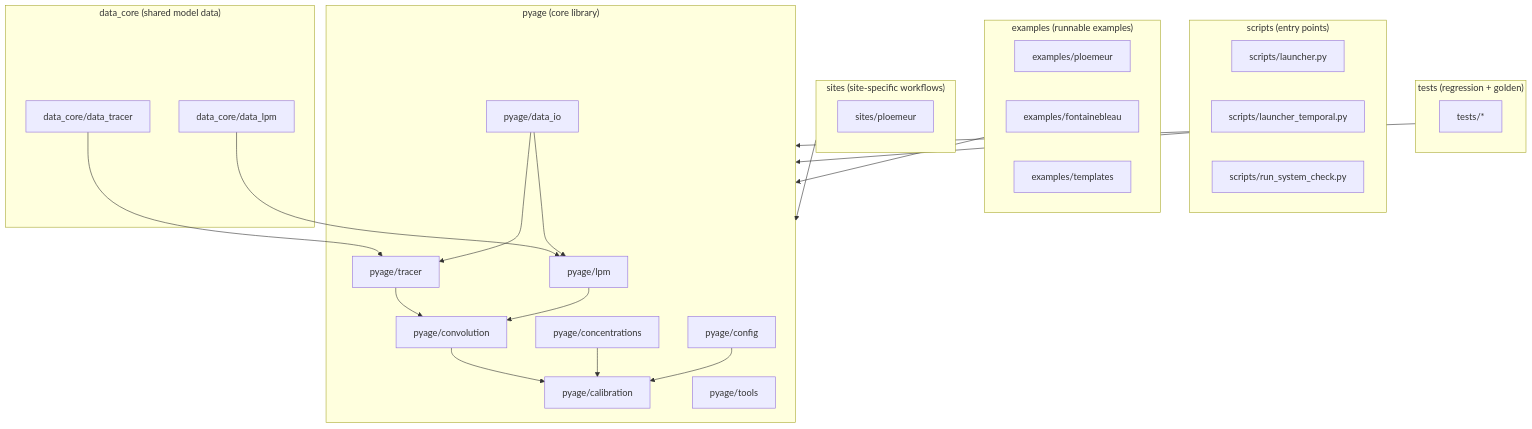
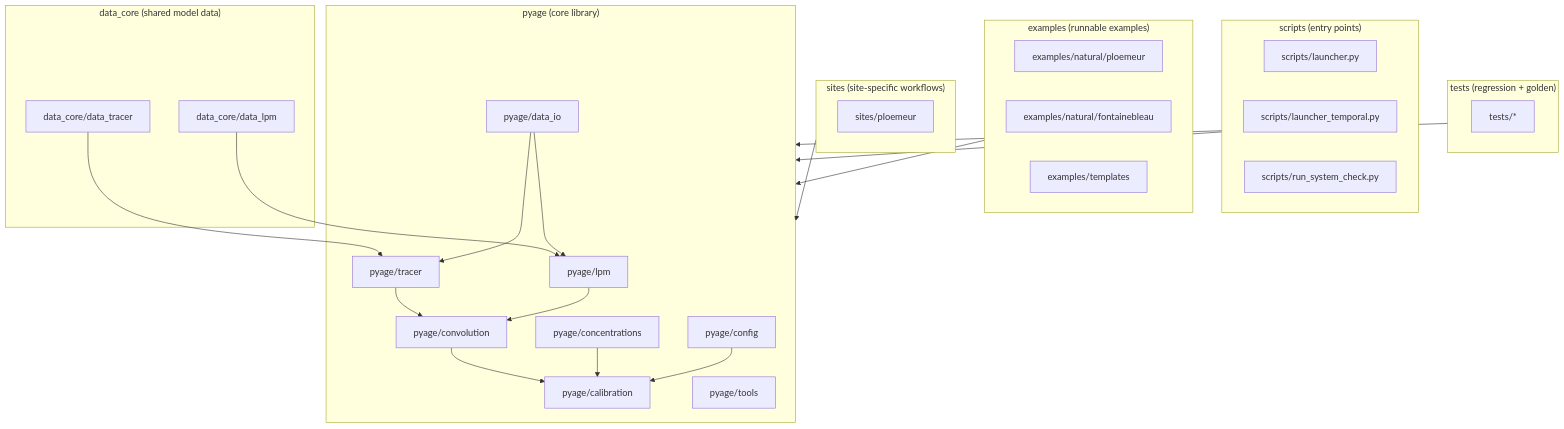
One commit to dreuzy/PyAges changed the diagram in docs/uml/architecture_overview.md. Above: the diagram before and after it, drawn with Mermaid. The commit also changed 120 other files, not shown here.

````diff
--- a/docs/uml/architecture_overview.md
+++ b/docs/uml/architecture_overview.md
@@ -3,53 +3,53 @@
 ```mermaid
 flowchart TB
   subgraph Core["pyage (core library)"]
     LPM[pyage/lpm]
     TRACER[pyage/tracer]
     CONV[pyage/convolution]
     CAL[pyage/calibration]
     CONC[pyage/concentrations]
     CFG[pyage/config]
     IO[pyage/data_io]
     TOOLS[pyage/tools]
   end
 
   subgraph Data["data_core (shared model data)"]
     LPMDATA[data_core/data_lpm]
     TRDATA[data_core/data_tracer]
   end
 
   subgraph Sites["sites (site-specific workflows)"]
     PLOEMEUR[sites/ploemeur]
   end
 
   subgraph Examples["examples (runnable examples)"]
-    EXPL[examples/ploemeur]
-    EXFT[examples/fontainebleau]
+    EXPL[examples/natural/ploemeur]
+    EXFT[examples/natural/fontainebleau]
     EXTMP[examples/templates]
   end
 
   subgraph Scripts["scripts (entry points)"]
     LAUNCH[scripts/launcher.py]
     LAUNCHT[scripts/launcher_temporal.py]
     CHECK[scripts/run_system_check.py]
   end
 
   subgraph Tests["tests (regression + golden)"]
     TESTS[tests/*]
   end
 
   LPMDATA --> LPM
   TRDATA --> TRACER
   TRACER --> CONV
   LPM --> CONV
   CONV --> CAL
   CONC --> CAL
   CFG --> CAL
   IO --> LPM
   IO --> TRACER
 
   Sites --> Core
   Examples --> Core
   Scripts --> Core
   Tests --> Core
 ```
````
